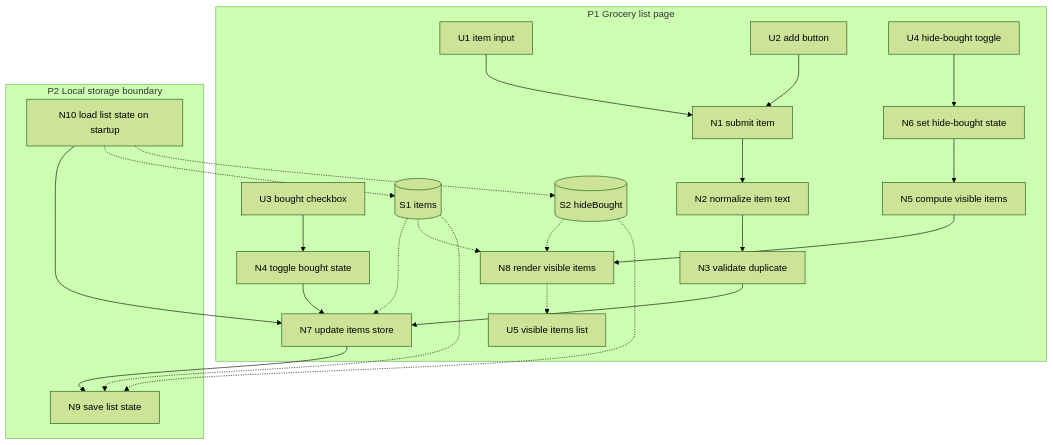
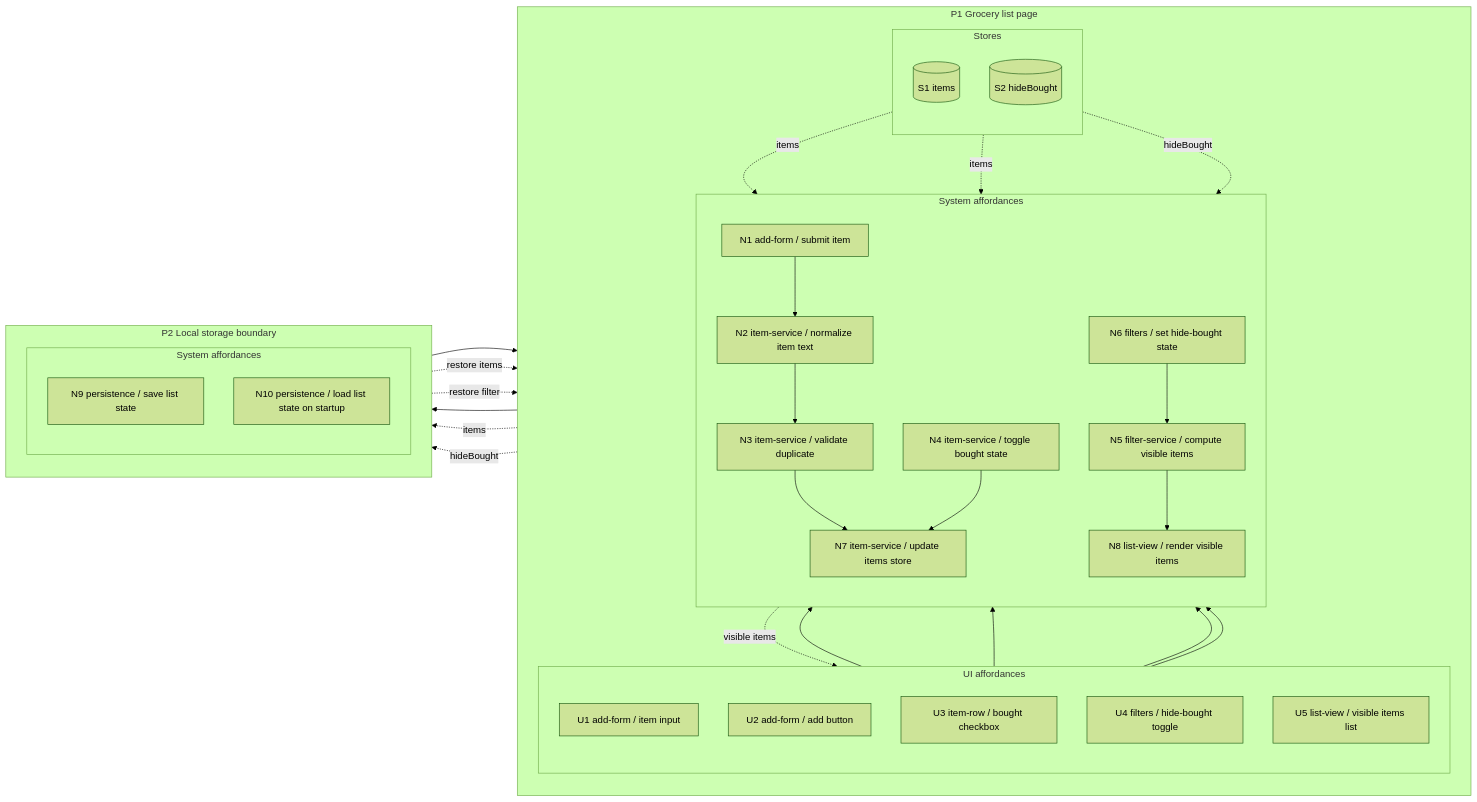
The diagram in examples/simple-grocery-list/04-breadboard.md (mattlane66/planning-skills-for-agents-and-humans), drawn with Mermaid (forest theme) before and after one commit. The commit also changed other lines of this file, not shown here.

Commit message:
Make grocery breadboard Mermaid closer to Shape Up breadboard conventions

````diff
--- a/examples/simple-grocery-list/04-breadboard.md
+++ b/examples/simple-grocery-list/04-breadboard.md
@@ -48,50 +50,68 @@
 ```mermaid
-flowchart TD
+flowchart LR
   subgraph P1["P1 Grocery list page"]
-    U1["U1 item input"]
-    U2["U2 add button"]
-    U3["U3 bought checkbox"]
-    U4["U4 hide-bought toggle"]
-    U5["U5 visible items list"]
+    direction TB
 
-    N1["N1 submit item"]
-    N2["N2 normalize item text"]
-    N3["N3 validate duplicate"]
-    N4["N4 toggle bought state"]
-    N5["N5 compute visible items"]
-    N6["N6 set hide-bought state"]
-    N7["N7 update items store"]
-    N8["N8 render visible items"]
+    subgraph P1UI["UI affordances"]
+      direction TB
+      U1["U1 add-form / item input"]
+      U2["U2 add-form / add button"]
+      U3["U3 item-row / bought checkbox"]
+      U4["U4 filters / hide-bought toggle"]
+      U5["U5 list-view / visible items list"]
+    end
 
-    S1[("S1 items")]
-    S2[("S2 hideBought")]
+    subgraph P1SYS["System affordances"]
+      direction TB
+      N1["N1 add-form / submit item"]
+      N2["N2 item-service / normalize item text"]
+      N3["N3 item-service / validate duplicate"]
+      N4["N4 item-service / toggle bought state"]
+      N5["N5 filter-service / compute visible items"]
+      N6["N6 filters / set hide-bought state"]
+      N7["N7 item-service / update items store"]
+      N8["N8 list-view / render visible items"]
+    end
+
+    subgraph P1STORE["Stores"]
+      direction TB
+      S1[("S1 items")]
+      S2[("S2 hideBought")]
+    end
   end
 
   subgraph P2["P2 Local storage boundary"]
-    N9["N9 save list state"]
-    N10["N10 load list state on startup"]
+    direction TB
+
+    subgraph P2SYS["System affordances"]
+      direction TB
+      N9["N9 persistence / save list state"]
+      N10["N10 persistence / load list state on startup"]
+    end
   end
 
+  %% control flow
   U1 --> N1
   U2 --> N1
   U3 --> N4
   U4 --> N6
 
   N1 --> N2
   N2 --> N3
   N3 --> N7
   N4 --> N7
   N6 --> N5
   N5 --> N8
   N7 --> N9
   N10 --> N7
 
-  S1 -.-> N7
-  S1 -.-> N8
-  S2 -.-> N8
-  S1 -.-> N9
-  S2 -.-> N9
-  N8 -.-> U5
-  N10 -.-> S1
-  N10 -.-> S2
+  %% returns / data flow
+  S1 -. "items" .-> N7
+  S1 -. "items" .-> N8
+  S2 -. "hideBought" .-> N8
+  S1 -. "items" .-> N9
+  S2 -. "hideBought" .-> N9
+  N8 -. "visible items" .-> U5
+  N10 -. "restore items" .-> S1
+  N10 -. "restore filter" .-> S2
 ```
````
